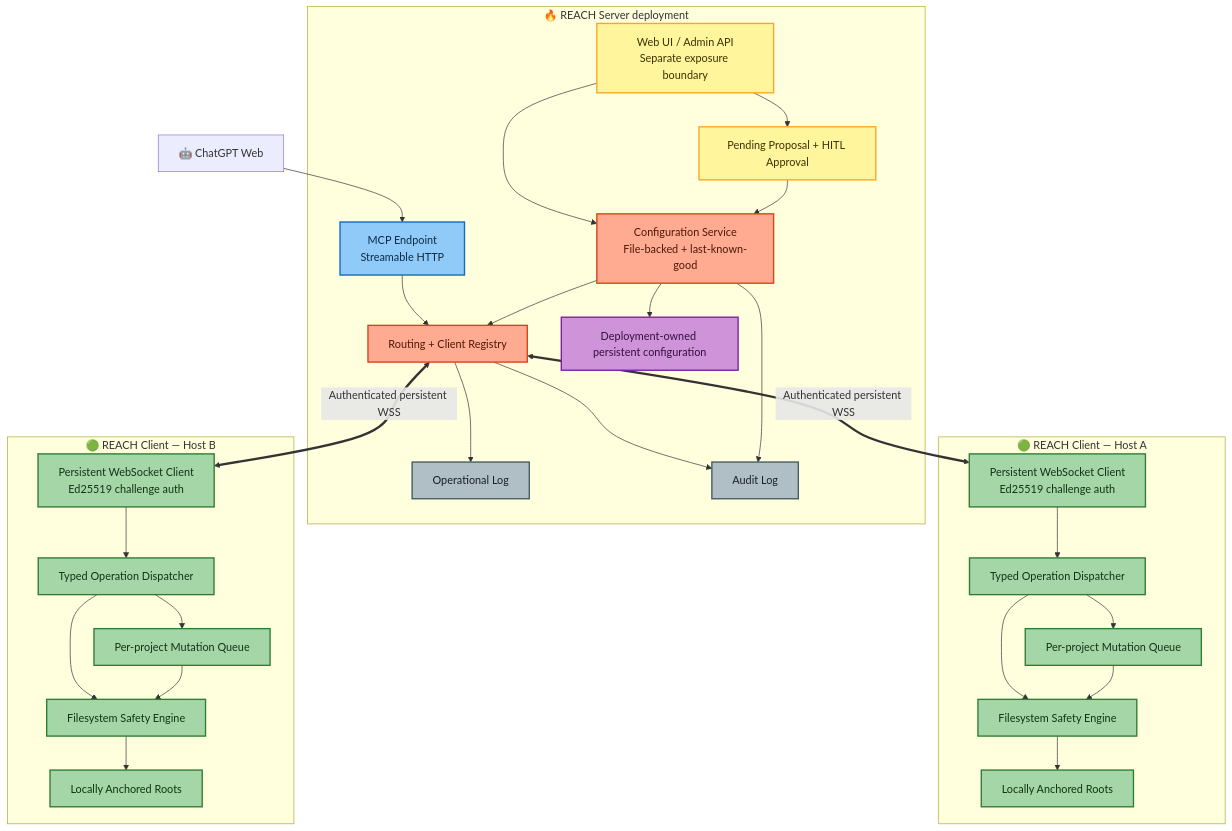
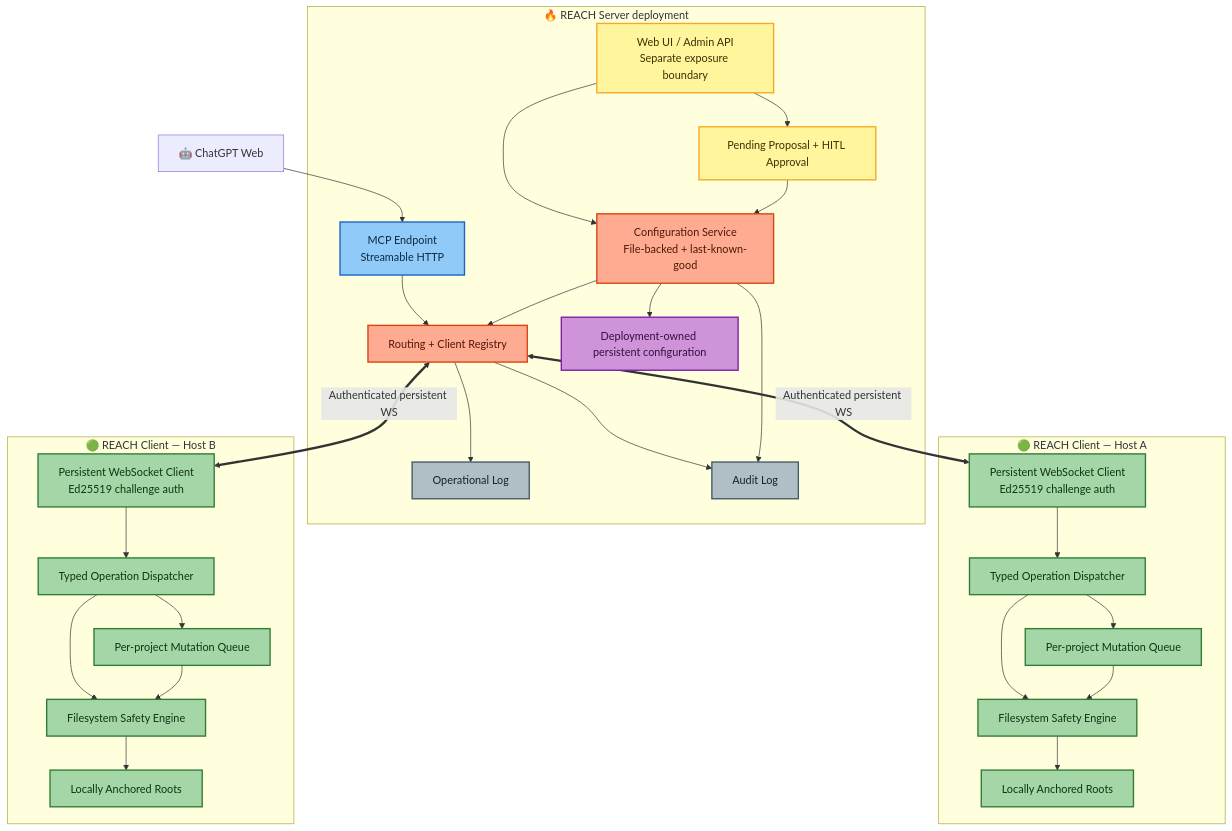
One commit to apinheiro99/reach-mcp changed the second of 9 diagrams in docs/architecture.md. Above: the diagram before and after it, drawn with Mermaid. The commit also changed other lines of this file and 13 other files, not shown here.

````diff
--- a/docs/architecture.md
+++ b/docs/architecture.md
@@ -180,62 +180,62 @@
 ```mermaid
 flowchart TB
     GPT["🤖 ChatGPT Web"]
 
     subgraph SERVER["🔥 REACH Server deployment"]
         MCP["MCP Endpoint\nStreamable HTTP"]
         ROUTER["Routing + Client Registry"]
         CFG["Configuration Service\nFile-backed + last-known-good"]
         UI["Web UI / Admin API\nSeparate exposure boundary"]
         HITL["Pending Proposal + HITL Approval"]
         LOG["Operational Log"]
         AUDIT["Audit Log"]
         PRIV["Deployment-owned persistent configuration"]
     end
 
     subgraph CLIENTA["🟢 REACH Client — Host A"]
         CA["Persistent WebSocket Client\nEd25519 challenge auth"]
         DA["Typed Operation Dispatcher"]
         FSA["Filesystem Safety Engine"]
         RA["Locally Anchored Roots"]
         QA["Per-project Mutation Queue"]
     end
 
     subgraph CLIENTB["🟢 REACH Client — Host B"]
         CB["Persistent WebSocket Client\nEd25519 challenge auth"]
         DB["Typed Operation Dispatcher"]
         FSB["Filesystem Safety Engine"]
         RB["Locally Anchored Roots"]
         QB["Per-project Mutation Queue"]
     end
 
     GPT --> MCP
     MCP --> ROUTER
     UI --> CFG
     UI --> HITL
     HITL --> CFG
     CFG --> ROUTER
     CFG --> PRIV
-    ROUTER <==>|"Authenticated persistent WSS"| CA
-    ROUTER <==>|"Authenticated persistent WSS"| CB
+    ROUTER <==>|"Authenticated persistent WS"| CA
+    ROUTER <==>|"Authenticated persistent WS"| CB
     CA --> DA --> FSA --> RA
     DA --> QA --> FSA
     CB --> DB --> FSB --> RB
     DB --> QB --> FSB
     ROUTER --> LOG
     ROUTER --> AUDIT
     CFG --> AUDIT
 
     classDef api fill:#90caf9,stroke:#1565c0,color:#0d2b45,stroke-width:2px;
     classDef core fill:#ffab91,stroke:#d84315,color:#4e1806,stroke-width:2px;
     classDef ui fill:#fff59d,stroke:#f9a825,color:#3e3100,stroke-width:2px;
     classDef safe fill:#a5d6a7,stroke:#2e7d32,color:#103414,stroke-width:2px;
     classDef store fill:#ce93d8,stroke:#7b1fa2,color:#35103f,stroke-width:2px;
     classDef obs fill:#b0bec5,stroke:#455a64,color:#172126,stroke-width:2px;
 
     class MCP api;
     class ROUTER,CFG core;
     class UI,HITL ui;
     class CA,DA,FSA,RA,QA,CB,DB,FSB,RB,QB safe;
     class PRIV store;
     class LOG,AUDIT obs;
 ```
````
